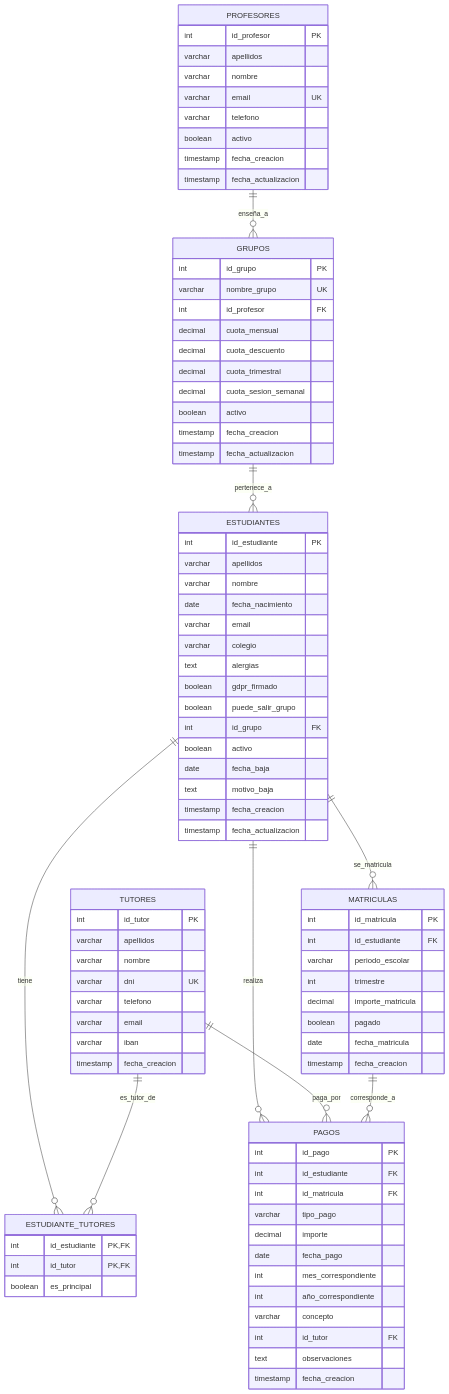
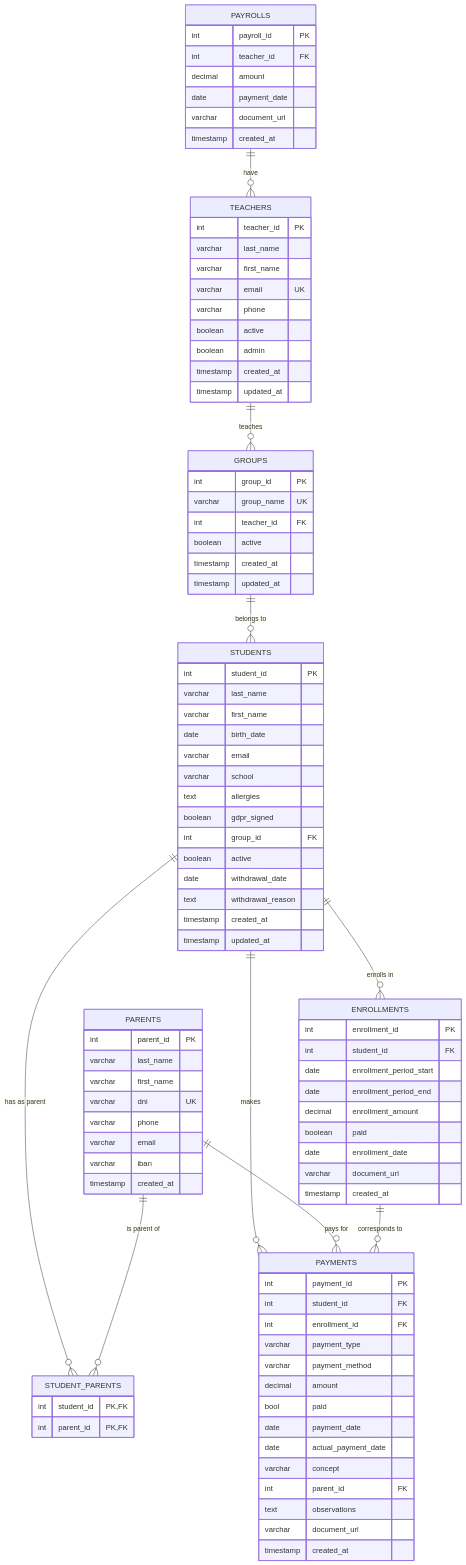
Before and after one commit to starseeker-code/five-a-day: the diagram in README.md, drawn with Mermaid.

Commit message:
Update README.md - Updated ER diagram

````diff
--- a/README.md
+++ b/README.md
@@ -177,97 +177,105 @@
 ```mermaid
 erDiagram
-    PROFESORES {
-        int id_profesor PK
-        varchar apellidos
-        varchar nombre
+    TEACHERS {
+        int teacher_id PK
+        varchar last_name
+        varchar first_name
         varchar email UK
-        varchar telefono
-        boolean activo
-        timestamp fecha_creacion
-        timestamp fecha_actualizacion
+        varchar phone
+        boolean active
+        boolean admin
+        timestamp created_at
+        timestamp updated_at
     }
     
-    GRUPOS {
-        int id_grupo PK
-        varchar nombre_grupo UK
-        int id_profesor FK
-        decimal cuota_mensual
-        decimal cuota_descuento
-        decimal cuota_trimestral
-        decimal cuota_sesion_semanal
-        boolean activo
-        timestamp fecha_creacion
-        timestamp fecha_actualizacion
+    GROUPS {
+        int group_id PK
+        varchar group_name UK
+        int teacher_id FK
+        boolean active
+        timestamp created_at
+        timestamp updated_at
     }
     
-    ESTUDIANTES {
-        int id_estudiante PK
-        varchar apellidos
-        varchar nombre
-        date fecha_nacimiento
+    STUDENTS {
+        int student_id PK
+        varchar last_name
+        varchar first_name
+        date birth_date
         varchar email
-        varchar colegio
-        text alergias
-        boolean gdpr_firmado
-        boolean puede_salir_grupo
-        int id_grupo FK
-        boolean activo
-        date fecha_baja
-        text motivo_baja
-        timestamp fecha_creacion
-        timestamp fecha_actualizacion
+        varchar school
+        text allergies
+        boolean gdpr_signed
+        int group_id FK
+        boolean active
+        date withdrawal_date
+        text withdrawal_reason
+        timestamp created_at
+        timestamp updated_at
     }
     
-    TUTORES {
-        int id_tutor PK
-        varchar apellidos
-        varchar nombre
+    PARENTS {
+        int parent_id PK
+        varchar last_name
+        varchar first_name
         varchar dni UK
-        varchar telefono
+        varchar phone
         varchar email
         varchar iban
-        timestamp fecha_creacion
+        timestamp created_at
     }
     
-    ESTUDIANTE_TUTORES {
-        int id_estudiante PK,FK
-        int id_tutor PK,FK
-        boolean es_principal
+    STUDENT_PARENTS {
+        int student_id PK,FK
+        int parent_id PK,FK
+    }
+
+    ENROLLMENTS {
+        int enrollment_id PK
+        int student_id FK
+        date enrollment_period_start
+        date enrollment_period_end
+        decimal enrollment_amount
+        boolean paid
+        date enrollment_date
+        varchar document_url
+        timestamp created_at
     }
     
-    MATRICULAS {
-        int id_matricula PK
-        int id_estudiante FK
-        varchar periodo_escolar
-        int trimestre
-        decimal importe_matricula
-        boolean pagado
-        date fecha_matricula
-        timestamp fecha_creacion
-    }
-    
-    PAGOS {
-        int id_pago PK
-        int id_estudiante FK
-        int id_matricula FK
-        varchar tipo_pago
-        decimal importe
-        date fecha_pago
-        int mes_correspondiente
-        int año_correspondiente
-        varchar concepto
-        int id_tutor FK
-        text observaciones
-        timestamp fecha_creacion
+    PAYMENTS {
+        int payment_id PK
+        int student_id FK
+        int enrollment_id FK
+        varchar payment_type
+        varchar payment_method
+        decimal amount
+        bool paid
+        date payment_date
+        date actual_payment_date
+        varchar concept
+        int parent_id FK
+        text observations
+        varchar document_url
+        timestamp created_at
     }
 
-    %% Relaciones
-    PROFESORES ||--o{ GRUPOS : "enseña_a"
-    GRUPOS ||--o{ ESTUDIANTES : "pertenece_a"
-    ESTUDIANTES ||--o{ ESTUDIANTE_TUTORES : "tiene"
-    TUTORES ||--o{ ESTUDIANTE_TUTORES : "es_tutor_de"
-    ESTUDIANTES ||--o{ MATRICULAS : "se_matricula"
-    ESTUDIANTES ||--o{ PAGOS : "realiza"
-    TUTORES ||--o{ PAGOS : "paga_por"
-    MATRICULAS ||--o{ PAGOS : "corresponde_a"
+    PAYROLLS {
+        int payroll_id PK
+        int teacher_id FK
+        decimal amount
+        date payment_date
+        varchar document_url
+        timestamp created_at
+    }
+
+    %% Relationships
+    TEACHERS ||--o{ GROUPS : "teaches"
+    GROUPS ||--o{ STUDENTS : "belongs to"
+    STUDENTS ||--o{ STUDENT_PARENTS : "has as parent"
+    PARENTS ||--o{ STUDENT_PARENTS : "is parent of"
+    STUDENTS ||--o{ ENROLLMENTS : "enrolls in"
+    STUDENTS ||--o{ PAYMENTS : "makes"
+    PARENTS ||--o{ PAYMENTS : "pays for"
+    ENROLLMENTS ||--o{ PAYMENTS : "corresponds to"
+    PAYROLLS ||--o{ TEACHERS : "have"
 ```
````
